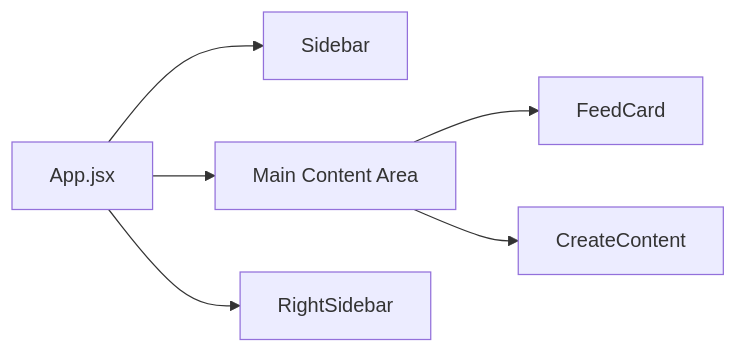
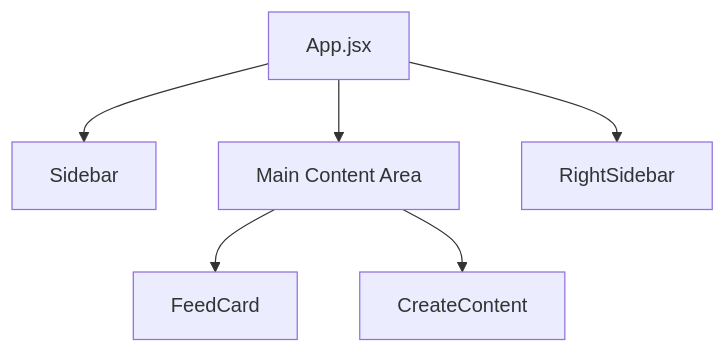
Before and after one commit to thefogusz/test: the diagram in docs/architecture/frontend.md, drawn with Mermaid. The commit also changed 8 other files, not shown here.

Commit message:
Improve docs diagram readability and restore sidebar layout

````diff
--- a/docs/architecture/frontend.md
+++ b/docs/architecture/frontend.md
@@ -19,8 +19,9 @@
 ```mermaid
-flowchart LR
-  A["App.jsx"] --> B["Sidebar"]
+flowchart TD
+  A["App.jsx"]
+  A --> B["Sidebar"]
   A --> C["Main Content Area"]
   A --> D["RightSidebar"]
   C --> E["FeedCard"]
   C --> F["CreateContent"]
 ```
````
